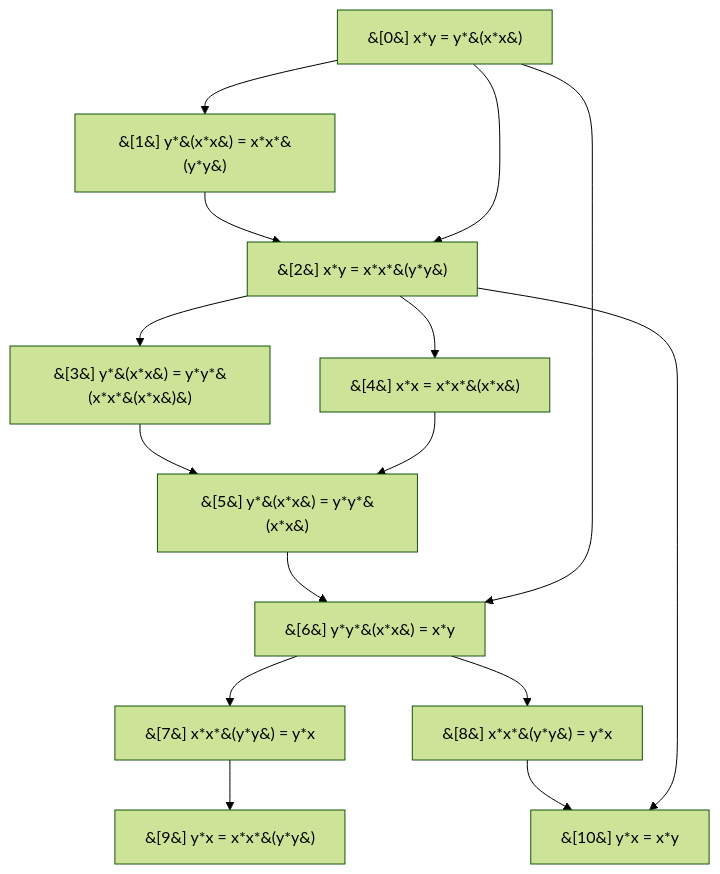
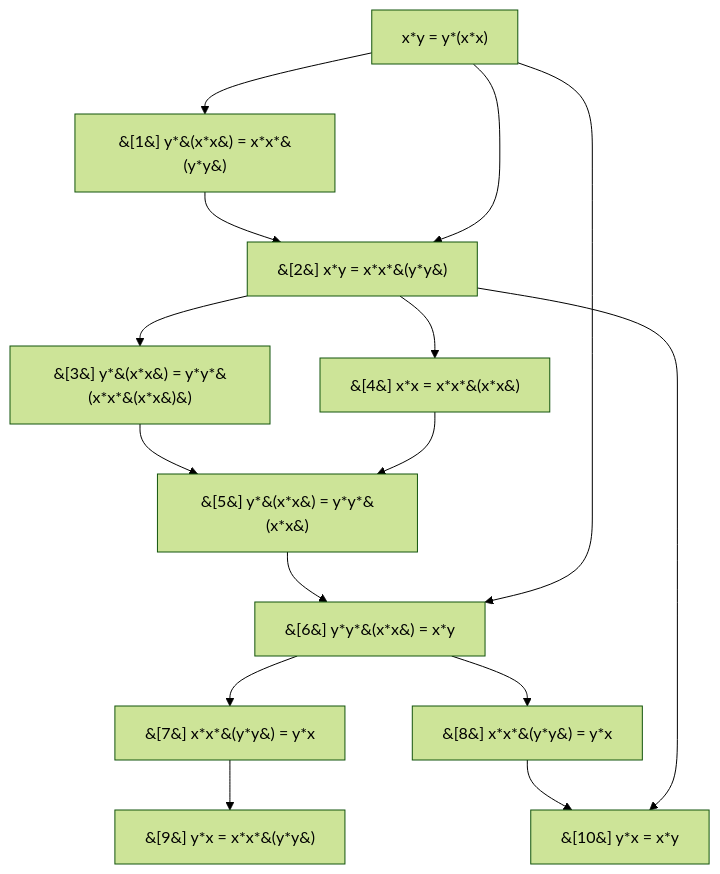
The diagram in commute.md (osick/magmaexplorer), drawn with Mermaid (forest theme) before and after one commit. The commit also changed 3 other files, not shown here.

Commit message:
small graph display fix

````diff
--- a/commute.md
+++ b/commute.md
@@ -26,28 +26,28 @@
 ```mermaid
 graph TD
-    n0["&#91;0&#93; x*y = y*&#40;x*x&#41;"]
+    n0["x*y = y*(x*x)"]
     n1["&#91;1&#93; y*&#40;x*x&#41; = x*x*&#40;y*y&#41;"]
     n2["&#91;2&#93; x*y = x*x*&#40;y*y&#41;"]
     n3["&#91;3&#93; y*&#40;x*x&#41; = y*y*&#40;x*x*&#40;x*x&#41;&#41;"]
     n4["&#91;4&#93; x*x = x*x*&#40;x*x&#41;"]
     n5["&#91;5&#93; y*&#40;x*x&#41; = y*y*&#40;x*x&#41;"]
     n6["&#91;6&#93; y*y*&#40;x*x&#41; = x*y"]
     n7["&#91;7&#93; x*x*&#40;y*y&#41; = y*x"]
     n8["&#91;8&#93; x*x*&#40;y*y&#41; = y*x"]
     n9["&#91;9&#93; y*x = x*x*&#40;y*y&#41;"]
     n10["&#91;10&#93; y*x = x*y"]
     n0 --> n1
     n1 --> n2
     n0 --> n2
     n2 --> n3
     n2 --> n4
     n3 --> n5
     n4 --> n5
     n5 --> n6
     n0 --> n6
     n6 --> n7
     n6 --> n8
     n7 --> n9
     n8 --> n10
     n2 --> n10
 ```
````
